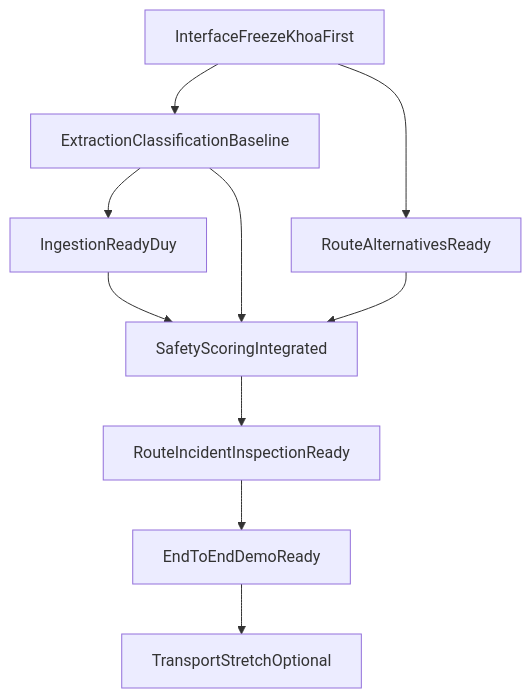
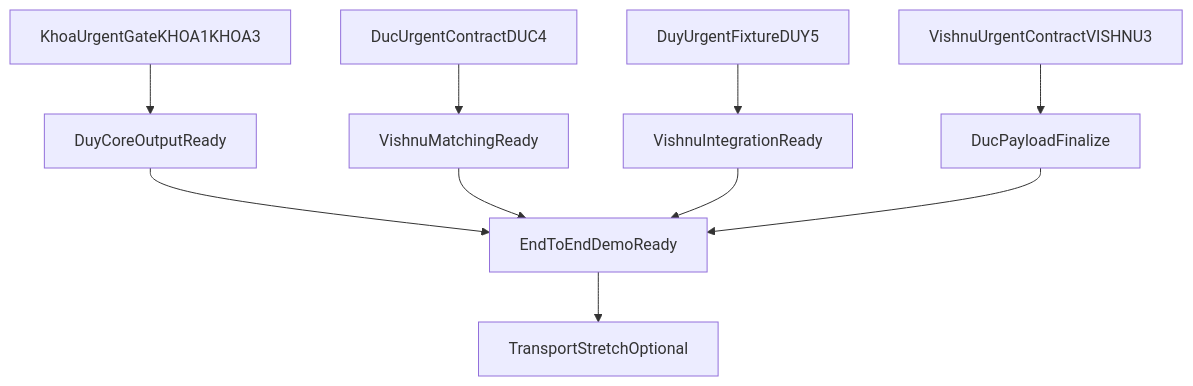
The diagram in docs/agents/MVP_2DAY_ORCHESTRATION.md (dduygaucho/urban_shield), drawn with Mermaid before and after one commit. The commit also changed other lines of this file and 5 other files, not shown here.

````diff
--- a/docs/agents/MVP_2DAY_ORCHESTRATION.md
+++ b/docs/agents/MVP_2DAY_ORCHESTRATION.md
@@ -184,12 +220,12 @@
 ```mermaid
 flowchart TD
-  t0[InterfaceFreezeKhoaFirst] --> t2[ExtractionClassificationBaseline]
-  t2 --> t1[IngestionReadyDuy]
-  t0 --> t3[RouteAlternativesReady]
-  t1 --> t4[SafetyScoringIntegrated]
-  t2 --> t4
-  t3 --> t4
-  t4 --> t5[RouteIncidentInspectionReady]
-  t5 --> t6[EndToEndDemoReady]
-  t6 --> t7[TransportStretchOptional]
+  khoaGate[KhoaUrgentGateKHOA1KHOA3] --> duyCore[DuyCoreOutputReady]
+  ducContract[DucUrgentContractDUC4] --> vishnuMatch[VishnuMatchingReady]
+  duyFixture[DuyUrgentFixtureDUY5] --> vishnuIntegrate[VishnuIntegrationReady]
+  vishnuContract[VishnuUrgentContractVISHNU3] --> ducFinalize[DucPayloadFinalize]
+  duyCore --> e2e[EndToEndDemoReady]
+  vishnuMatch --> e2e
+  vishnuIntegrate --> e2e
+  ducFinalize --> e2e
+  e2e --> stretch[TransportStretchOptional]
 ```
````
